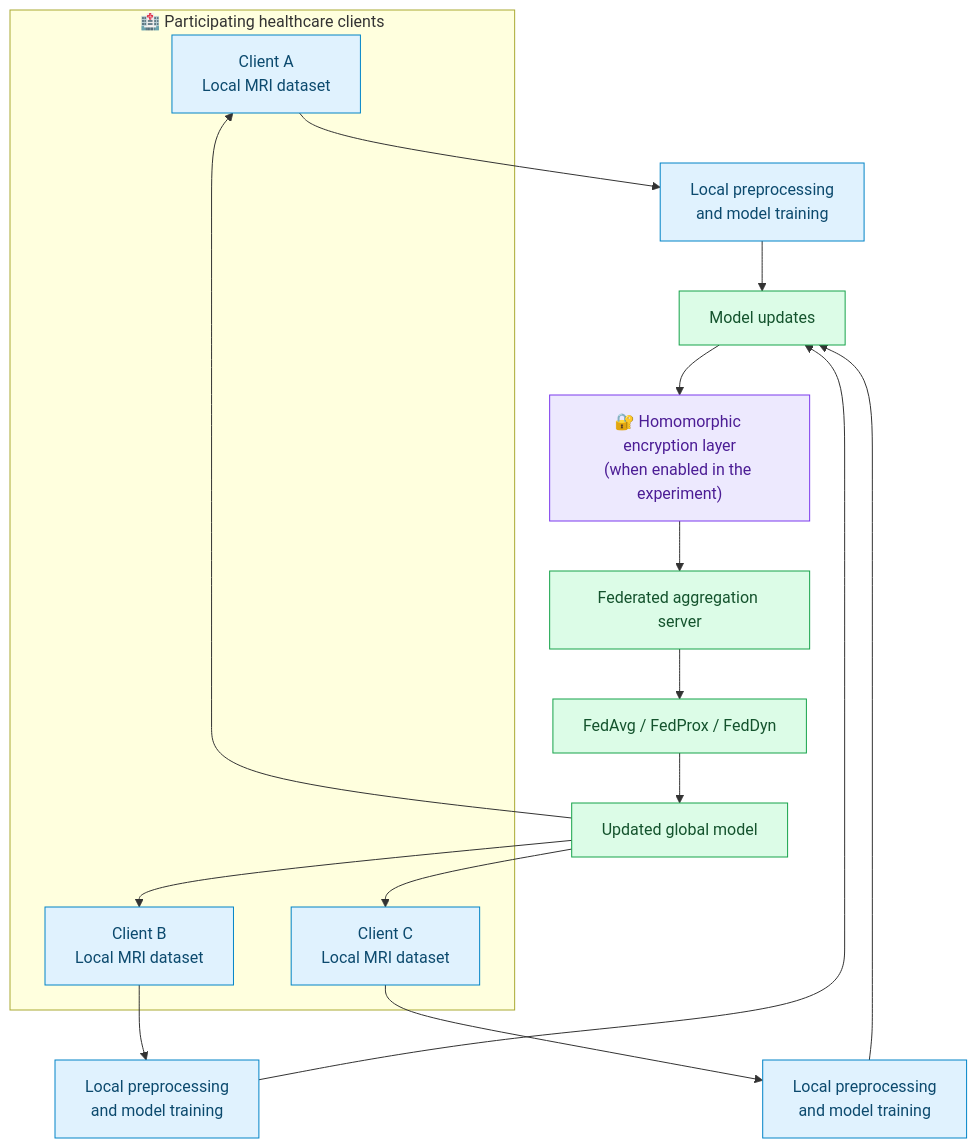
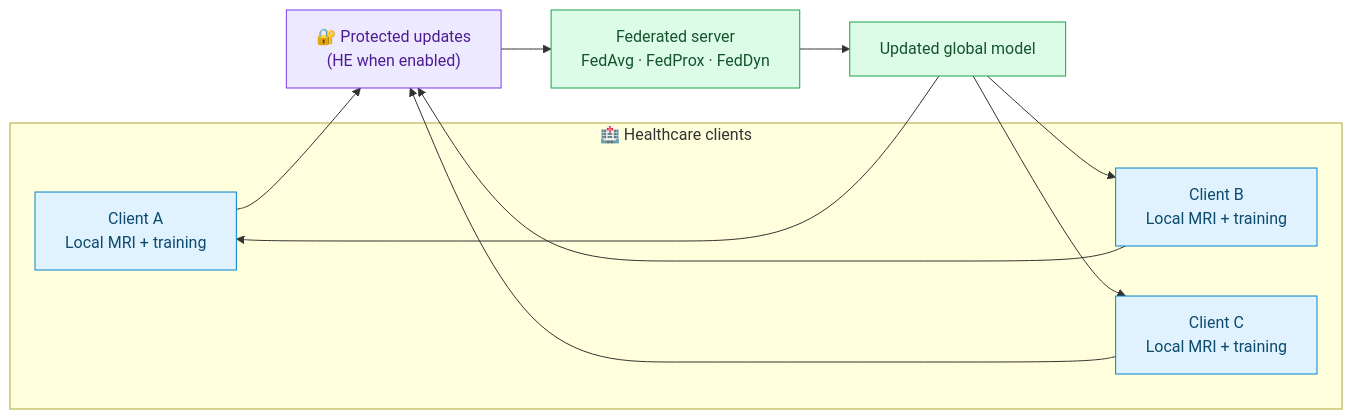
One commit to Supriyo016/Alzheimer-s-Disease-Detection-for-Non-IID-Using-Federated-Learning-Under-HE changed the first of 2 diagrams in README.md. Above: the diagram before and after it, drawn with Mermaid. The commit also changed other lines of this file, not shown here.

Commit message:
Simplify federated system architecture diagram

````diff
--- a/README.md
+++ b/README.md
@@ -114,31 +114,24 @@
 ```mermaid
-flowchart TB
-    subgraph CLIENTS["🏥 Participating healthcare clients"]
-        A["Client A<br/>Local MRI dataset"]
-        B["Client B<br/>Local MRI dataset"]
-        C["Client C<br/>Local MRI dataset"]
+flowchart LR
+    subgraph CLIENTS["🏥 Healthcare clients"]
+        A["Client A<br/>Local MRI + training"]
+        B["Client B<br/>Local MRI + training"]
+        C["Client C<br/>Local MRI + training"]
     end
 
-    A --> A1["Local preprocessing<br/>and model training"]
-    B --> B1["Local preprocessing<br/>and model training"]
-    C --> C1["Local preprocessing<br/>and model training"]
-
-    A1 --> U["Model updates"]
-    B1 --> U
-    C1 --> U
-
-    U --> H["🔐 Homomorphic encryption layer<br/>(when enabled in the experiment)"]
-    H --> S["Federated aggregation server"]
-    S --> F["FedAvg / FedProx / FedDyn"]
-    F --> G["Updated global model"]
+    A --> H["🔐 Protected updates<br/>(HE when enabled)"]
+    B --> H
+    C --> H
+    H --> S["Federated server<br/>FedAvg · FedProx · FedDyn"]
+    S --> G["Updated global model"]
     G --> A
     G --> B
     G --> C
 
     classDef client fill:#e0f2fe,stroke:#0284c7,color:#0c4a6e
     classDef secure fill:#ede9fe,stroke:#7c3aed,color:#4c1d95
     classDef server fill:#dcfce7,stroke:#16a34a,color:#14532d
-    class A,B,C,A1,B1,C1 client
+    class A,B,C client
     class H secure
-    class U,S,F,G server
+    class S,G server
 ```
````
